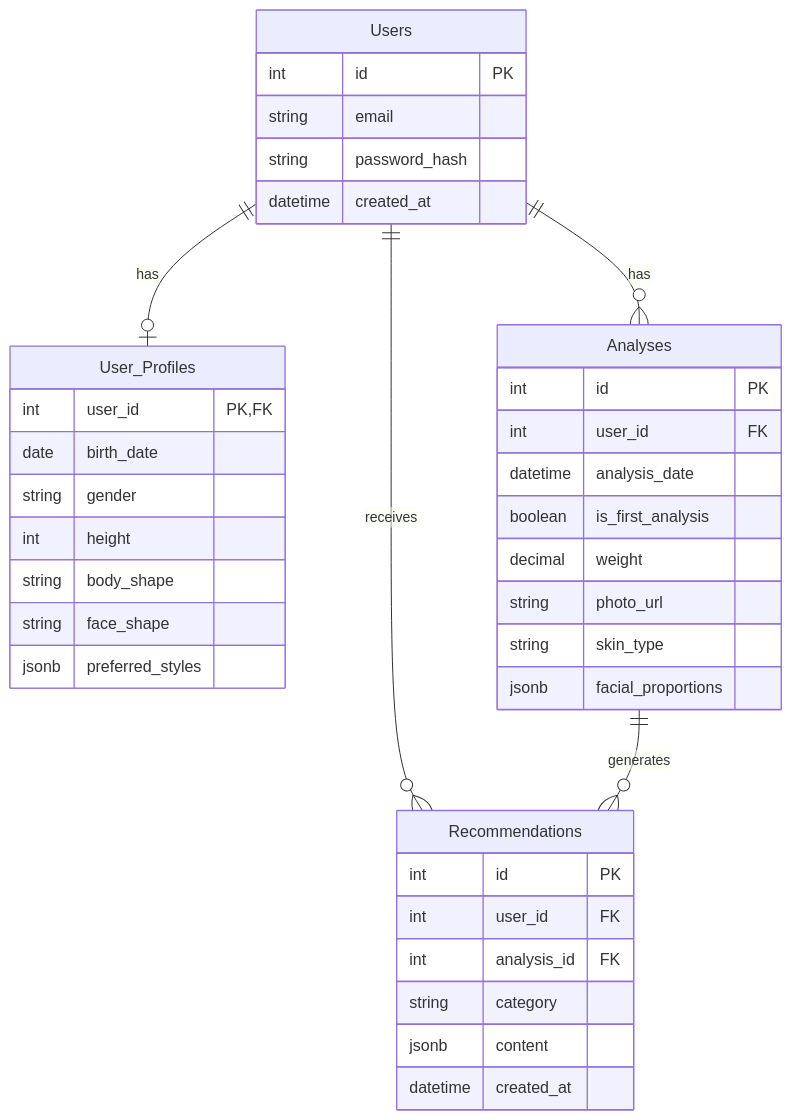
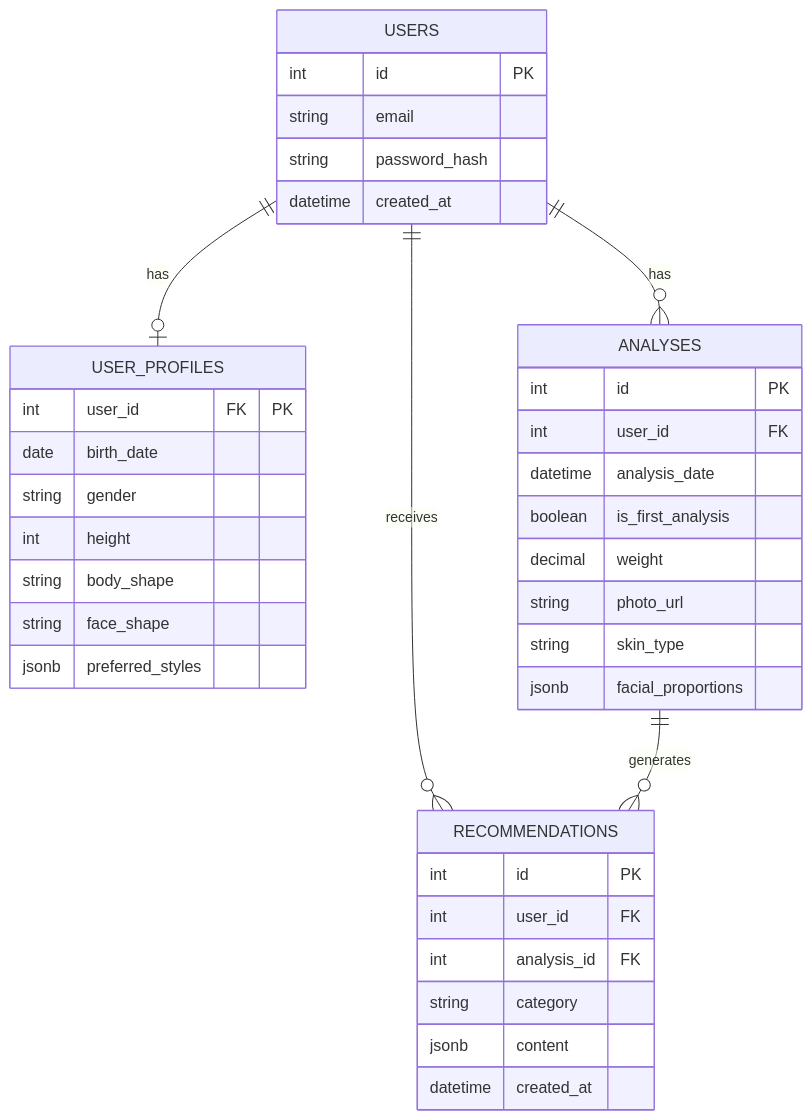
The diagram in schema_diagram.mmd (yigitemrertn/AdvanceSelf), drawn with Mermaid before and after one commit. The commit also changed 1 other file, not shown here.

Commit message:
Create new database schema / Yeni veritabani semasini olustur

```diff
--- a/schema_diagram.mmd
+++ b/schema_diagram.mmd
@@ -1,42 +1,39 @@
 erDiagram
-    Users {
+    USERS ||--o| USER_PROFILES : has
+    USERS ||--o{ ANALYSES : has
+    USERS ||--o{ RECOMMENDATIONS : receives
+    ANALYSES ||--o{ RECOMMENDATIONS : generates
+
+    USERS {
         int id PK
         string email
         string password_hash
         datetime created_at
     }
-
-    User_Profiles {
-        int user_id PK, FK
+    USER_PROFILES {
+        int user_id FK "PK"
         date birth_date
         string gender
         int height
         string body_shape
         string face_shape
         jsonb preferred_styles
     }
-
-    Analyses {
+    ANALYSES {
         int id PK
         int user_id FK
         datetime analysis_date
         boolean is_first_analysis
         decimal weight
         string photo_url
         string skin_type
         jsonb facial_proportions
     }
-
-    Recommendations {
+    RECOMMENDATIONS {
         int id PK
         int user_id FK
         int analysis_id FK
         string category
         jsonb content
         datetime created_at
     }
-
-    Users ||--o| User_Profiles : "has"
-    Users ||--o{ Analyses : "has"
-    Users ||--o{ Recommendations : "receives"
-    Analyses ||--o{ Recommendations : "generates"
```
